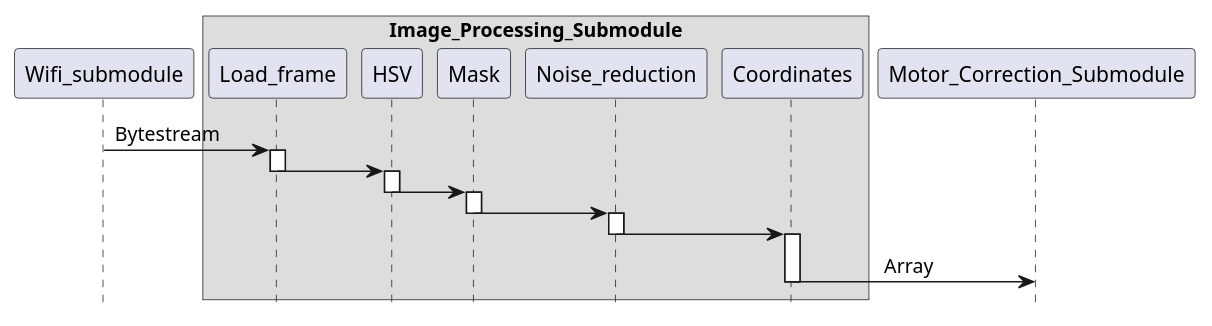
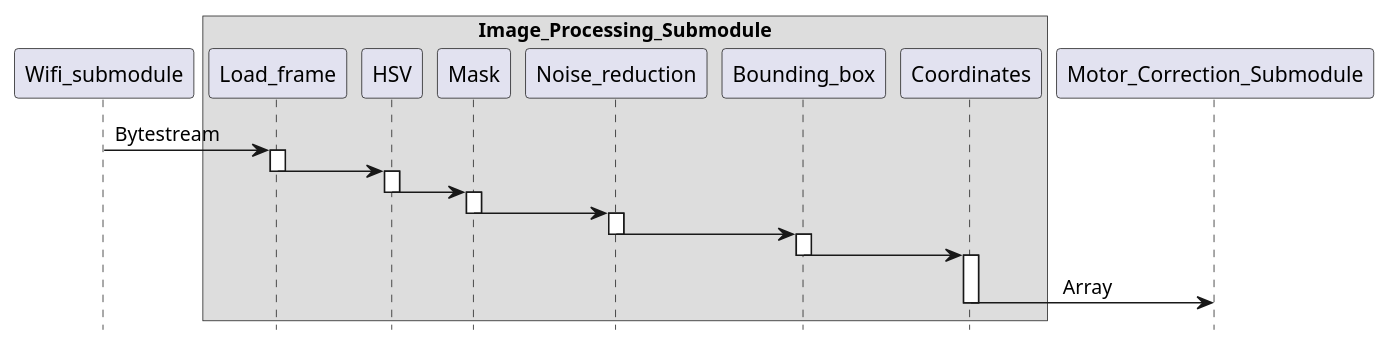
The diagram in Kode/Edgenode/ImgProcess/test.puml (CE-CF/ComTek4_Project), drawn with PlantUML before and after one commit. The commit also changed 10 other files, not shown here.

```diff
--- a/Kode/Edgenode/ImgProcess/test.puml
+++ b/Kode/Edgenode/ImgProcess/test.puml
@@ -1,30 +1,34 @@
 @startuml
 hide footbox
 
 participant Wifi_submodule
 box "Image_Processing_Submodule"
 participant Load_frame 
 participant HSV
 participant Mask
 participant Noise_reduction
+participant Bounding_box
 participant Coordinates 
 end box
 participant Motor_Correction_Submodule 
 Wifi_submodule -> Load_frame:     Bytestream
 activate Load_frame
 Load_frame -> HSV
 deactivate Load_frame
 activate HSV
 HSV -> Mask
 deactivate HSV
 activate Mask
 Mask -> Noise_reduction
 deactivate Mask
 activate Noise_reduction
-Noise_reduction -> Coordinates
+Noise_reduction -> Bounding_box
 deactivate Noise_reduction
+activate Bounding_box
+Bounding_box -> Coordinates
+deactivate Bounding_box
 activate Coordinates
 Coordinates -> Motor_Correction_Submodule: \t\tArray
 deactivate Coordinates
 
 @enduml 
```
